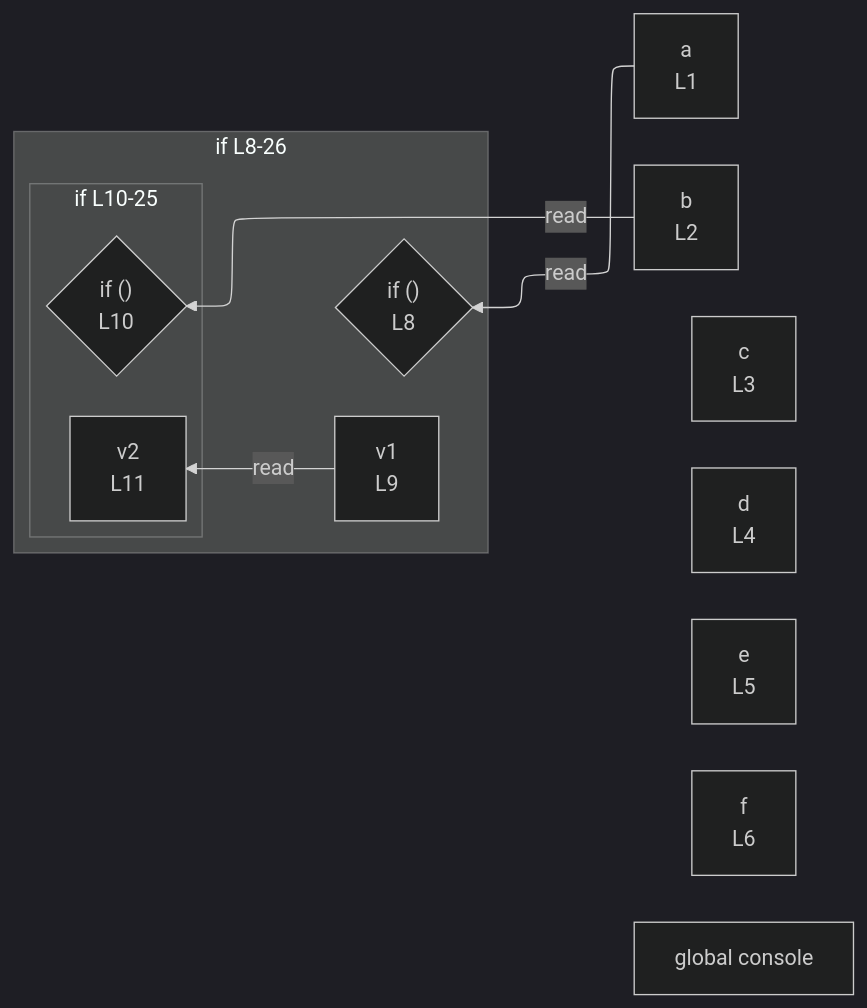
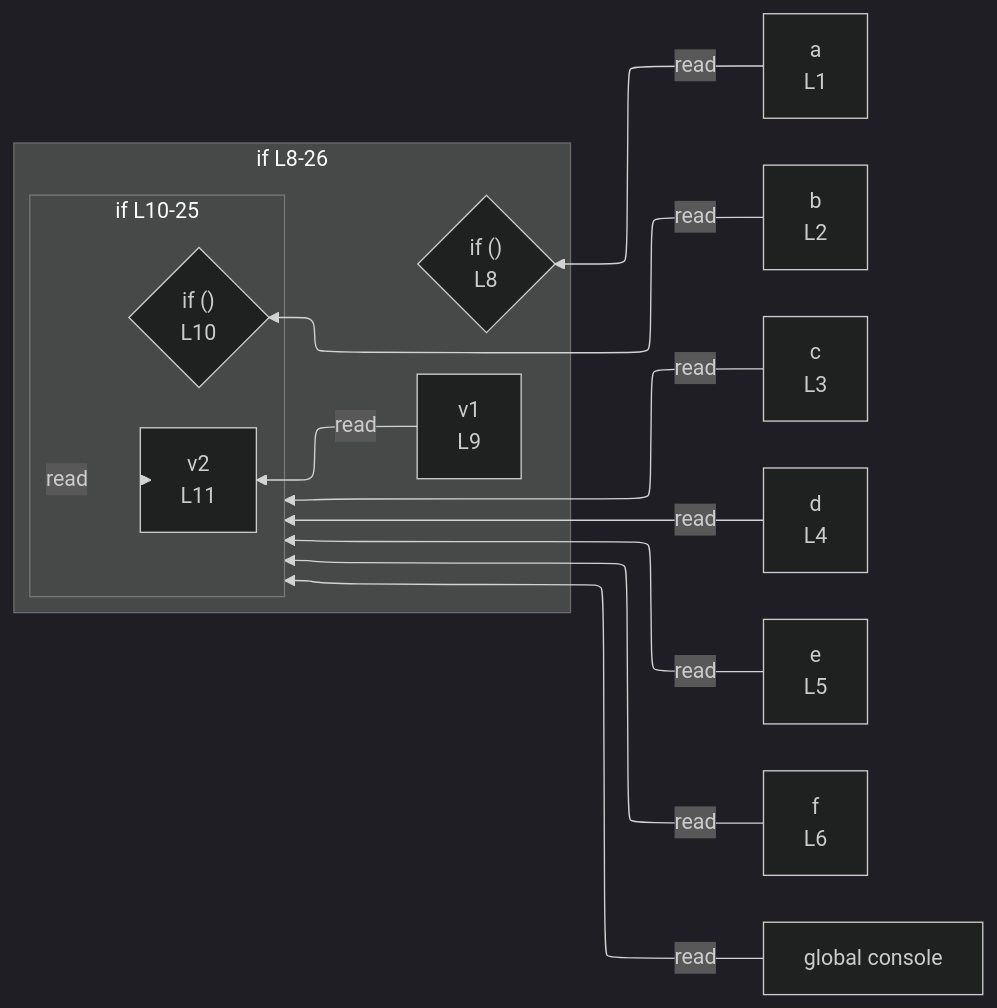
Before and after one commit to crescware/unsnarl: the diagram in integration/fixtures/app-behavior/depth/if/depth-2/preview.md, drawn with Mermaid (dark theme). The commit also changed 63 other files, not shown here.

````diff
--- a/integration/fixtures/app-behavior/depth/if/depth-2/preview.md
+++ b/integration/fixtures/app-behavior/depth/if/depth-2/preview.md
@@ -36,24 +36,30 @@
 ```mermaid
 %%{init: {"flowchart": {"defaultRenderer": "elk"}}}%%
 flowchart RL
   n_scope_0_a_6["a<br/>L1"]
   n_scope_0_b_22["b<br/>L2"]
   n_scope_0_c_38["c<br/>L3"]
   n_scope_0_d_54["d<br/>L4"]
   n_scope_0_e_70["e<br/>L5"]
   n_scope_0_f_86["f<br/>L6"]
   n_scope_0_console_324["global console"]
   subgraph s_scope_1["if L8-26"]
     direction RL
     if_test_scope_0_97{"if ()<br/>L8"}
     n_scope_1_v1_114["v1<br/>L9"]
     subgraph s_scope_2["if L10-25"]
       direction RL
       if_test_scope_1_124{"if ()<br/>L10"}
       n_scope_2_v2_143["v2<br/>L11"]
     end
   end
   n_scope_0_a_6 -->|read| if_test_scope_0_97
   n_scope_0_b_22 -->|read| if_test_scope_1_124
   n_scope_1_v1_114 -->|read| n_scope_2_v2_143
+  n_scope_0_c_38 -->|read| s_scope_2
+  n_scope_2_v2_143 -->|read| s_scope_2
+  n_scope_0_d_54 -->|read| s_scope_2
+  n_scope_0_e_70 -->|read| s_scope_2
+  n_scope_0_f_86 -->|read| s_scope_2
+  n_scope_0_console_324 -->|read| s_scope_2
 ```
````
